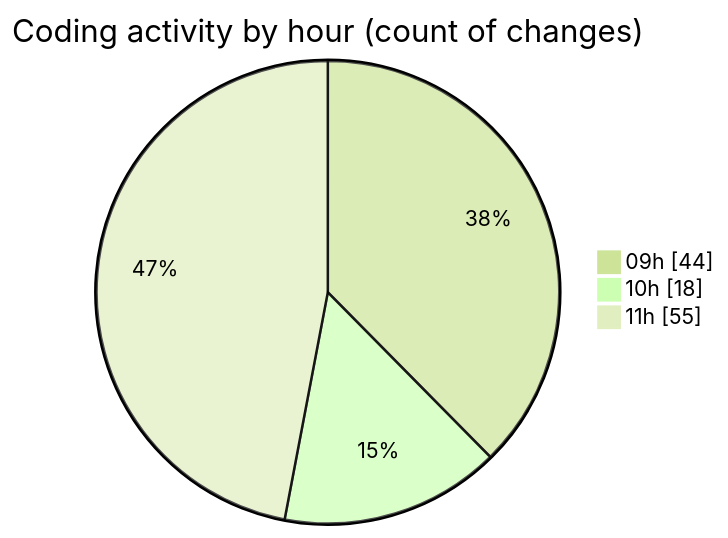
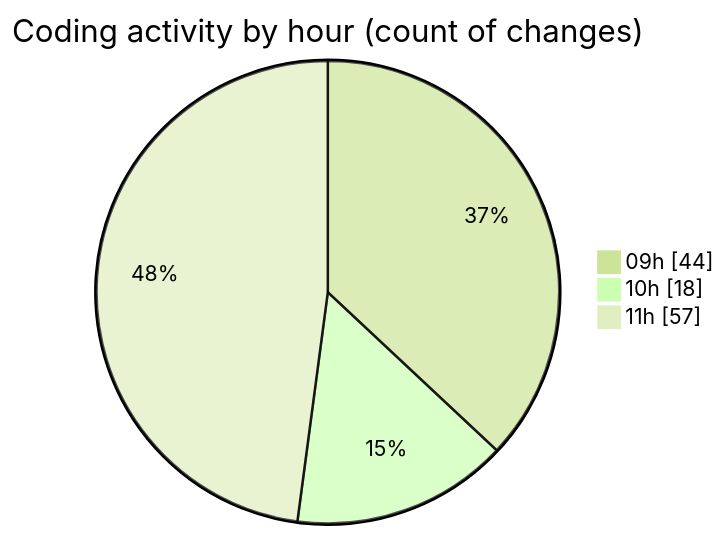
Before and after one commit to momahboobian/code-tracking: the second of 2 diagrams in 2026-08-07/cda/README.md, drawn with Mermaid (forest theme). The commit also changed other lines of this file and 1 other file, not shown here.

````diff
--- a/2026-08-07/cda/README.md
+++ b/2026-08-07/cda/README.md
@@ -44,7 +44,7 @@
 ```mermaid
 pie showData
 title Coding activity by hour (count of changes)
 "09h" : 44
 "10h" : 18
-"11h" : 55
+"11h" : 57
 ```
````
